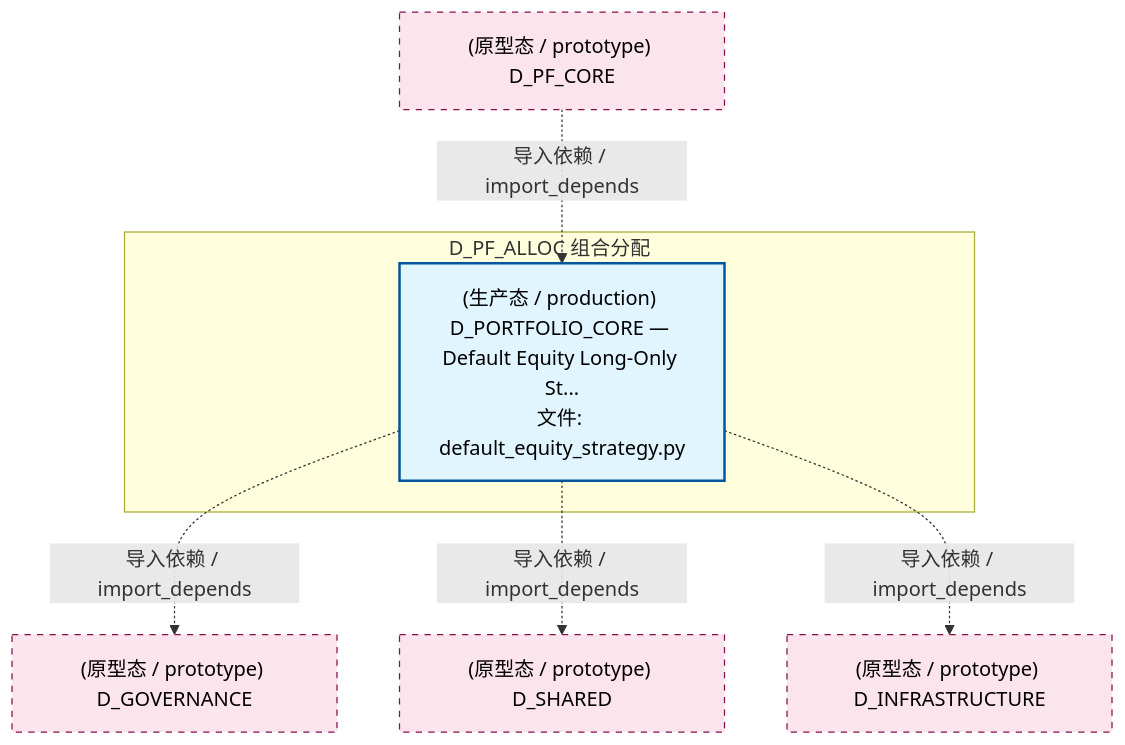
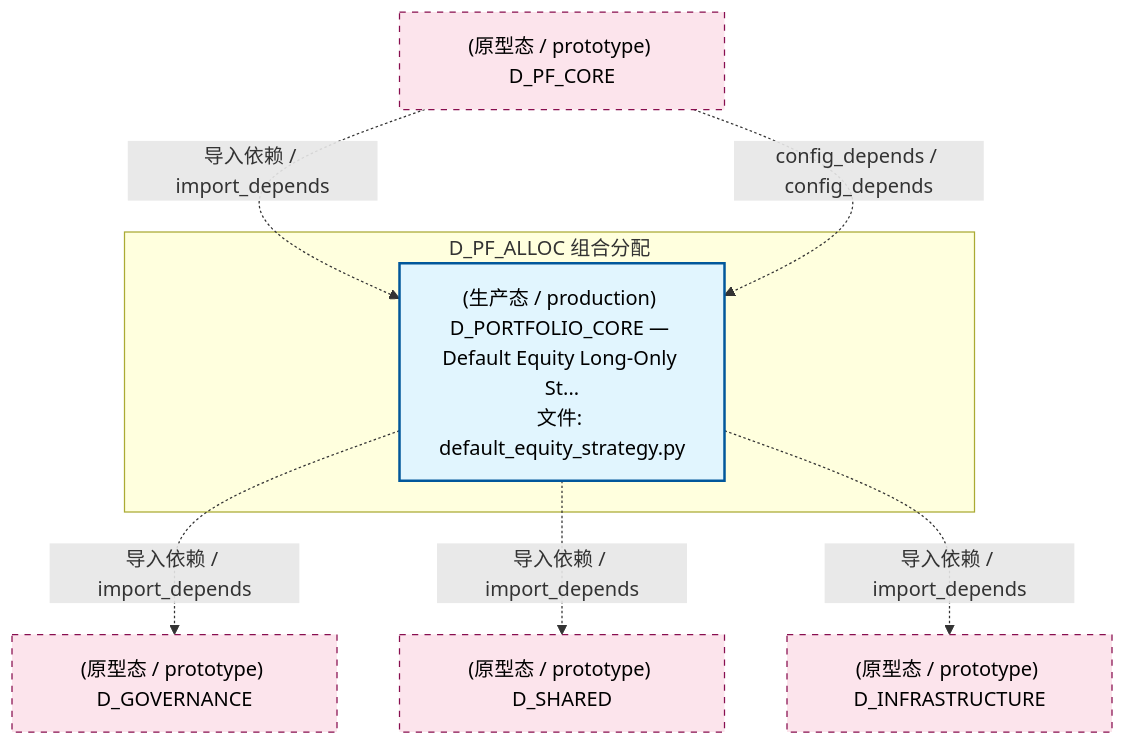
Before and after one commit to xuanFelixVan/ZephyrAlpha: the second of 5 diagrams in docs/02_enterprise_architecture/02_domain_architecture_docs/49_d_pf_alloc.md, drawn with Mermaid. The commit also changed other lines of this file and 122 other files, not shown here.

````diff
--- a/docs/02_enterprise_architecture/02_domain_architecture_docs/49_d_pf_alloc.md
+++ b/docs/02_enterprise_architecture/02_domain_architecture_docs/49_d_pf_alloc.md
@@ -106,20 +107,21 @@
 ```mermaid
 graph TD
     subgraph D_PF_ALLOC["D_PF_ALLOC 组合分配"]
         src_zephyr_pf_core_default_equity_strategy_py["(生产态 / production) D_PORTFOLIO_CORE — Default Equity Long-Only St...<br/>文件: default_equity_strategy.py"]
     end
     D_GOVERNANCE["(原型态 / prototype) D_GOVERNANCE"]
     src_zephyr_pf_core_default_equity_strategy_py -.->|导入依赖 / import_depends| D_GOVERNANCE
     D_SHARED["(原型态 / prototype) D_SHARED"]
     src_zephyr_pf_core_default_equity_strategy_py -.->|导入依赖 / import_depends| D_SHARED
     D_INFRASTRUCTURE["(原型态 / prototype) D_INFRASTRUCTURE"]
     src_zephyr_pf_core_default_equity_strategy_py -.->|导入依赖 / import_depends| D_INFRASTRUCTURE
     D_PF_CORE["(原型态 / prototype) D_PF_CORE"]
     D_PF_CORE -.->|导入依赖 / import_depends| src_zephyr_pf_core_default_equity_strategy_py
+    D_PF_CORE -.->|config_depends / config_depends| src_zephyr_pf_core_default_equity_strategy_py
     classDef production fill:#e1f5fe,stroke:#01579b,stroke-width:2px,color:#000
     classDef design fill:#fff3e0,stroke:#e65100,stroke-width:2px,color:#000,stroke-dasharray: 5 5
     classDef external_prod fill:#e8f5e9,stroke:#1b5e20,stroke-width:1px,color:#000
     classDef external_design fill:#fce4ec,stroke:#880e4f,stroke-width:1px,color:#000,stroke-dasharray: 5 5
     class src_zephyr_pf_core_default_equity_strategy_py production
     class D_GOVERNANCE,D_SHARED,D_INFRASTRUCTURE,D_PF_CORE external_design
 ```
````
